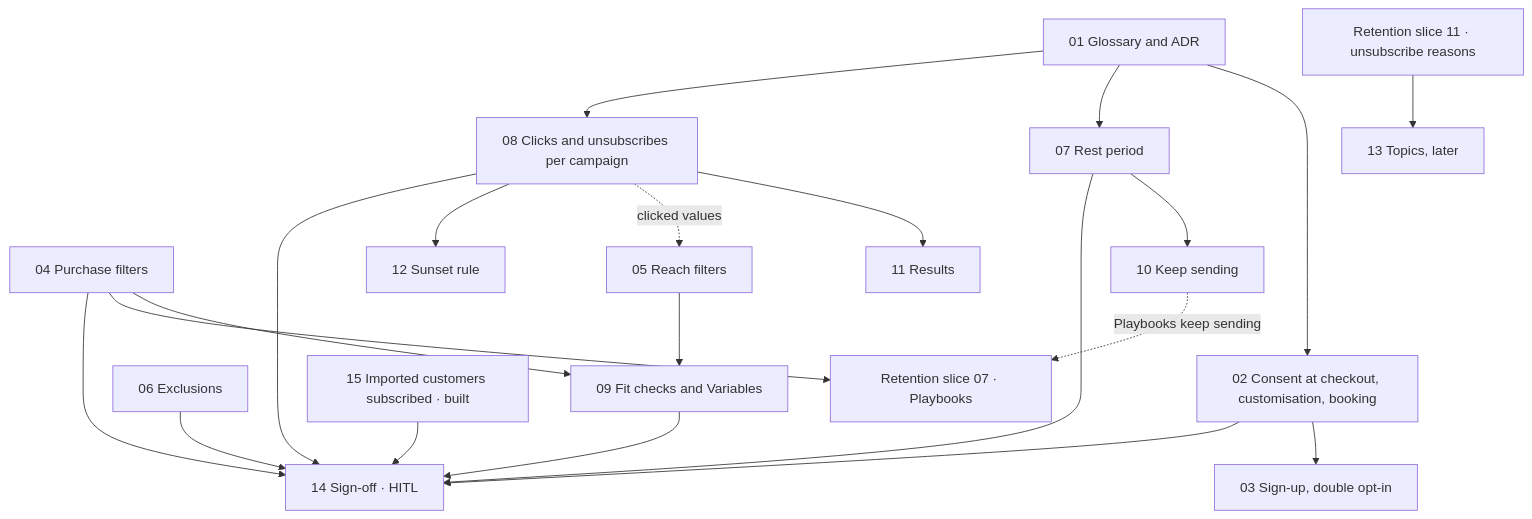
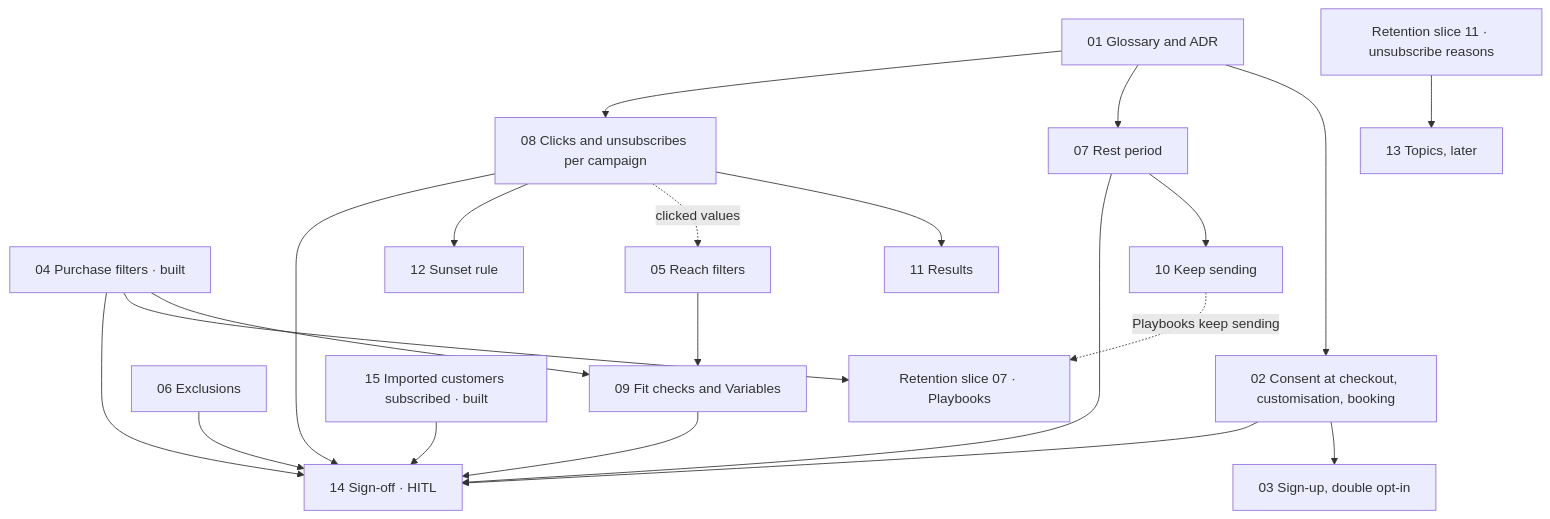
The diagram in .claude/PRD-campaign-audiences/issues/README.md (ivanyeors/mp), drawn with Mermaid before and after one commit. The commit also changed other lines of this file and 28 other files, not shown here.

First line of the commit message:
Purchase filters: didn't buy, pillow size, delivered, stage sub-statuses

````diff
--- a/.claude/PRD-campaign-audiences/issues/README.md
+++ b/.claude/PRD-campaign-audiences/issues/README.md
@@ -34,39 +34,39 @@
 ```mermaid
 graph TD
   s01[01 Glossary and ADR]
   s02[02 Consent at checkout, customisation, booking]
   s03[03 Sign-up, double opt-in]
-  s04[04 Purchase filters]
+  s04[04 Purchase filters · built]
   s05[05 Reach filters]
   s06[06 Exclusions]
   s07[07 Rest period]
   s08[08 Clicks and unsubscribes per campaign]
   s09[09 Fit checks and Variables]
   s10[10 Keep sending]
   s11[11 Results]
   s12[12 Sunset rule]
   s13[13 Topics, later]
   s14[14 Sign-off · HITL]
   s15[15 Imported customers subscribed · built]
   r07[Retention slice 07 · Playbooks]
   r11[Retention slice 11 · unsubscribe reasons]
 
   s15 --> s14
   s01 --> s02 --> s03
   s01 --> s07 --> s10
   s01 --> s08
   s08 --> s11
   s08 -. clicked values .-> s05
   s08 --> s12
   s04 --> s09
   s05 --> s09
   s04 --> r07
   s10 -. Playbooks keep sending .-> r07
   r11 --> s13
   s02 --> s14
   s04 --> s14
   s06 --> s14
   s07 --> s14
   s08 --> s14
   s09 --> s14
 ```
````
